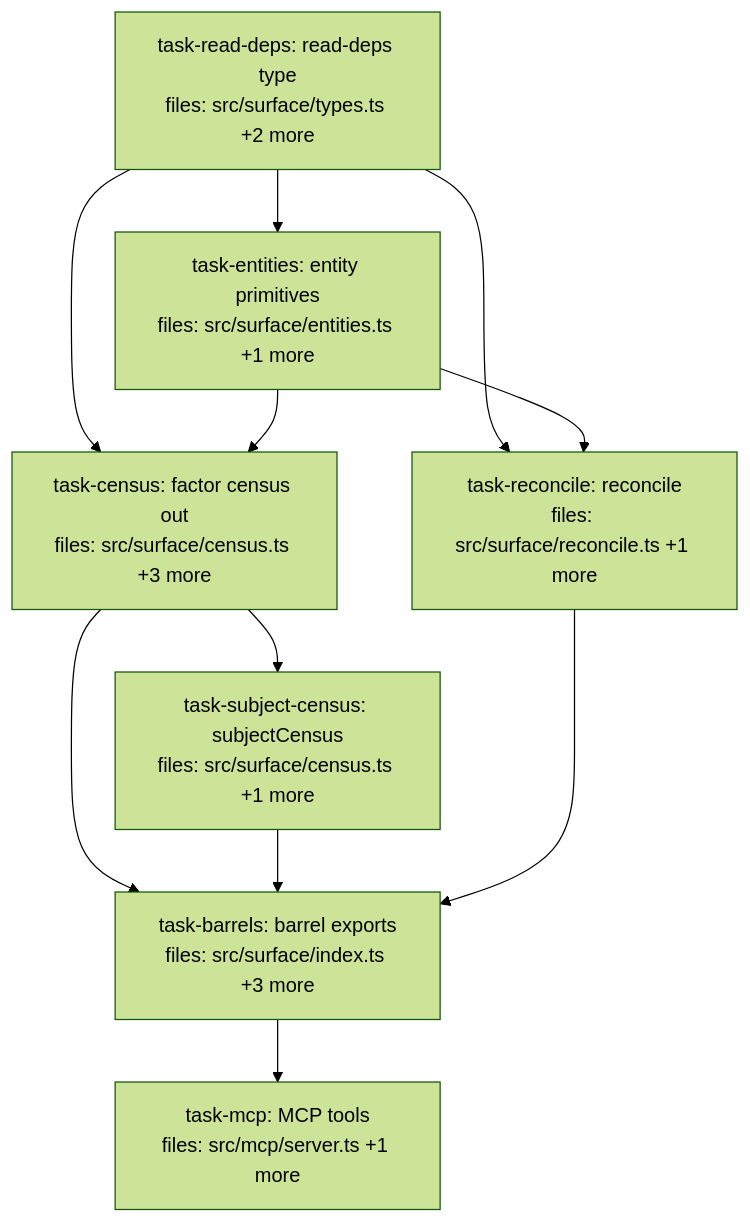
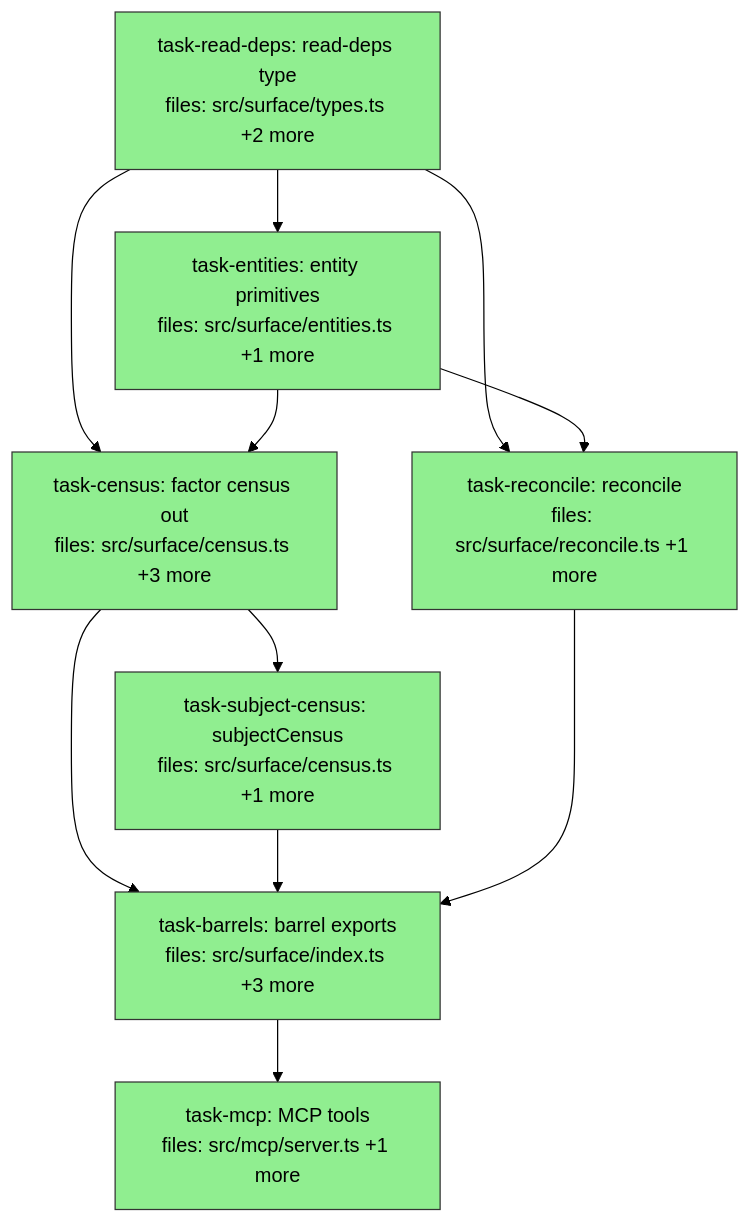
The diagram in docs/superpowers/plans/2026-07-01-ingestion-canonicalization-dag.md (BrettNye/Mneme), drawn with Mermaid (forest theme) before and after one commit. The commit also changed other lines of this file, not shown here.

Commit message:
docs(plan): mark Cluster B DAG complete — all 7 tasks done

````diff
--- a/docs/superpowers/plans/2026-07-01-ingestion-canonicalization-dag.md
+++ b/docs/superpowers/plans/2026-07-01-ingestion-canonicalization-dag.md
@@ -10,27 +10,27 @@
 ```mermaid
 flowchart TD
-    task-read-deps["task-read-deps: read-deps type<br/>files: src/surface/types.ts +2 more"]
-    task-entities["task-entities: entity primitives<br/>files: src/surface/entities.ts +1 more"]
-    task-census["task-census: factor census out<br/>files: src/surface/census.ts +3 more"]
-    task-subject-census["task-subject-census: subjectCensus<br/>files: src/surface/census.ts +1 more"]
-    task-reconcile["task-reconcile: reconcile<br/>files: src/surface/reconcile.ts +1 more"]
-    task-barrels["task-barrels: barrel exports<br/>files: src/surface/index.ts +3 more"]
-    task-mcp["task-mcp: MCP tools<br/>files: src/mcp/server.ts +1 more"]
+    task-read-deps["task-read-deps: read-deps type<br/>files: src/surface/types.ts +2 more"]:::done
+    task-entities["task-entities: entity primitives<br/>files: src/surface/entities.ts +1 more"]:::done
+    task-census["task-census: factor census out<br/>files: src/surface/census.ts +3 more"]:::done
+    task-subject-census["task-subject-census: subjectCensus<br/>files: src/surface/census.ts +1 more"]:::done
+    task-reconcile["task-reconcile: reconcile<br/>files: src/surface/reconcile.ts +1 more"]:::done
+    task-barrels["task-barrels: barrel exports<br/>files: src/surface/index.ts +3 more"]:::done
+    task-mcp["task-mcp: MCP tools<br/>files: src/mcp/server.ts +1 more"]:::done
 
     task-read-deps --> task-entities
     task-read-deps --> task-census
     task-entities --> task-census
     task-read-deps --> task-reconcile
     task-entities --> task-reconcile
     task-census --> task-subject-census
     task-census --> task-barrels
     task-subject-census --> task-barrels
     task-reconcile --> task-barrels
     task-barrels --> task-mcp
 
     classDef done fill:#90ee90,stroke:#333
     classDef ready fill:#fffacd,stroke:#333
     classDef running fill:#87ceeb,stroke:#333
     classDef failed fill:#ffb6c1,stroke:#333
     classDef skipped fill:#d3d3d3,stroke:#333,stroke-dasharray: 5 5
 ```
````
